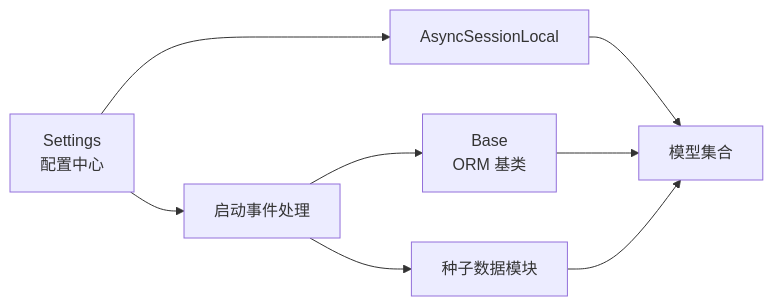
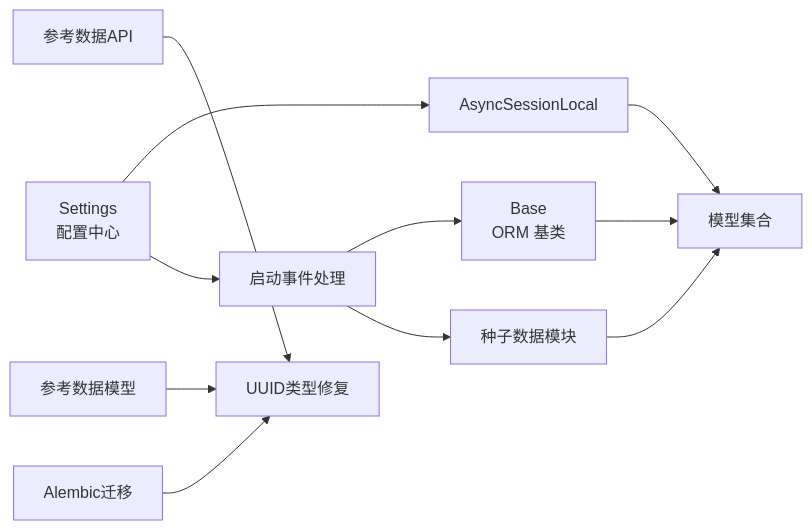
The sixth of 6 diagrams in .qoder/repowiki/zh/content/后端系统架构/数据库ORM设计.md (Miyuan2018/ruicheng-edu-system), drawn with Mermaid before and after one commit. The commit also changed other lines of this file and 6 other files, not shown here.

````diff
--- a/.qoder/repowiki/zh/content/后端系统架构/数据库ORM设计.md
+++ b/.qoder/repowiki/zh/content/后端系统架构/数据库ORM设计.md
@@ -425,10 +542,13 @@
 ```mermaid
 graph LR
 Config["Settings<br/>配置中心"] --> Session["AsyncSessionLocal"]
 Config --> Startup["启动事件处理"]
 Base["Base<br/>ORM 基类"] --> Models["模型集合"]
 Session --> Models
 Startup --> Base
 Startup --> SeedModules["种子数据模块"]
 SeedModules --> Models
+APIRef["参考数据API"] --> UUIDFix["UUID类型修复"]
+RefModels["参考数据模型"] --> UUIDFix
+Migration["Alembic迁移"] --> UUIDFix
 ```
````
